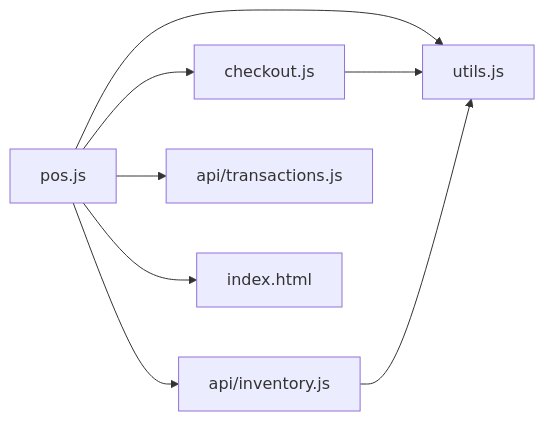
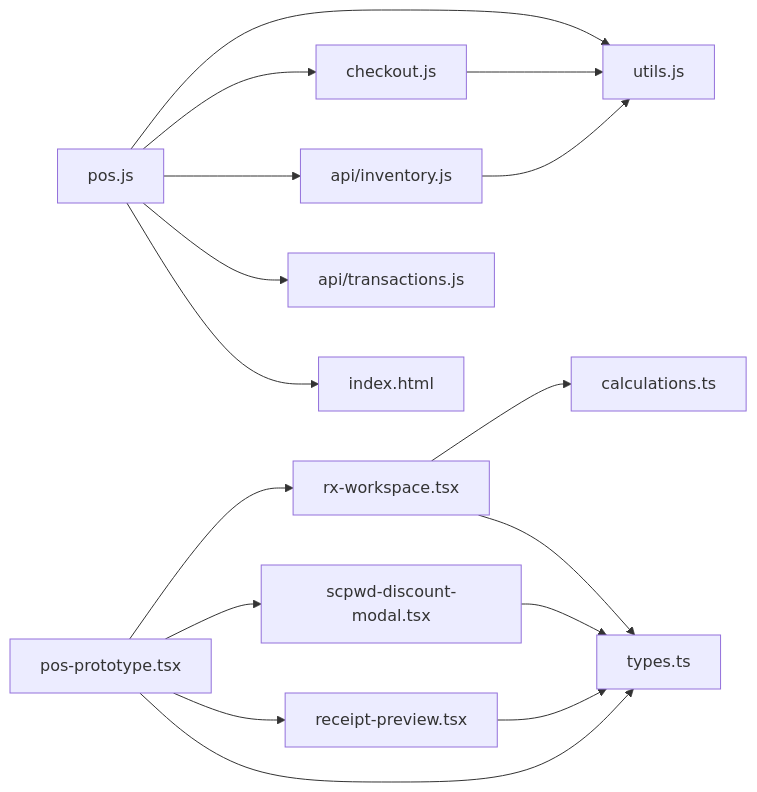
One commit to yosefdc7/PharmaPOS changed diagram 14 of 14 in .qoder/repowiki/en/content/Frontend Interface/Point-of-Sale Interface.md. Above: the diagram before and after it, drawn with Mermaid. The commit also changed other lines of this file and 11 other files, not shown here.

````diff
--- a/.qoder/repowiki/en/content/Frontend Interface/Point-of-Sale Interface.md
+++ b/.qoder/repowiki/en/content/Frontend Interface/Point-of-Sale Interface.md
@@ -307,10 +520,18 @@
 ```mermaid
 graph LR
 POS["pos.js"] --> Utils["utils.js"]
 POS --> Checkout["checkout.js"]
 POS --> InventoryAPI["api/inventory.js"]
 POS --> TransactionsAPI["api/transactions.js"]
 POS --> HTML["index.html"]
 Checkout --> Utils
 InventoryAPI --> Utils
+PosProto["pos-prototype.tsx"] --> RxWorkspace["rx-workspace.tsx"]
+PosProto --> ScPwdModal["scpwd-discount-modal.tsx"]
+PosProto --> ReceiptPreview["receipt-preview.tsx"]
+RxWorkspace --> Calculations["calculations.ts"]
+ScPwdModal --> Types["types.ts"]
+ReceiptPreview --> Types
+PosProto --> Types
+RxWorkspace --> Types
 ```
````
